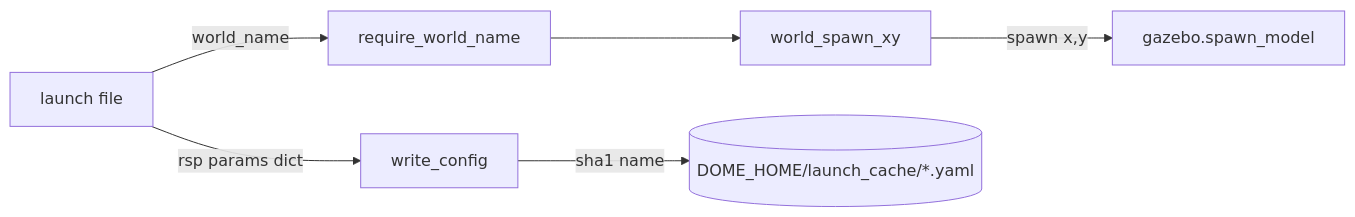
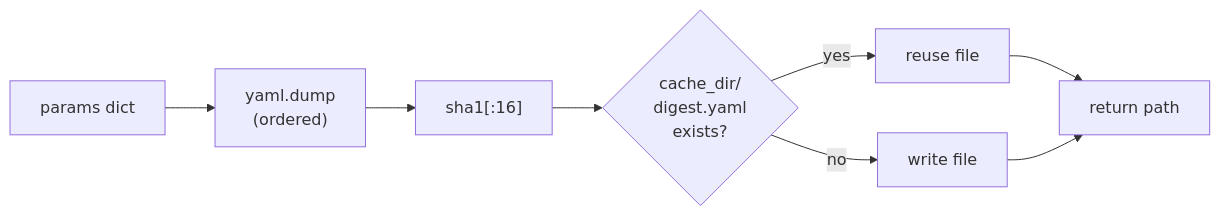
Before and after one commit to Boston-Robot-Hackers/dome_nav: the diagram in 01-literate/01-utils.md, drawn with Mermaid. The commit also changed other lines of this file and 14 other files, not shown here.

First line of the commit message:
docs(literate): regenerate 01-literate + add architecture overview

````diff
--- a/01-literate/01-utils.md
+++ b/01-literate/01-utils.md
@@ -124,8 +116,10 @@
 ```mermaid
 flowchart LR
-    A[launch file] -->|world_name| B[require_world_name]
-    B --> C[world_spawn_xy]
-    A -->|rsp params dict| D[write_config]
-    D -->|sha1 name| E[("DOME_HOME/launch_cache/*.yaml")]
-    C -->|spawn x,y| F[gazebo.spawn_model]
+    A["params dict"] --> B["yaml.dump<br/>(ordered)"]
+    B --> C["sha1[:16]"]
+    C --> D{"cache_dir/<br/>digest.yaml<br/>exists?"}
+    D -->|yes| E["reuse file"]
+    D -->|no| F["write file"]
+    E --> G["return path"]
+    F --> G
 ```
````
